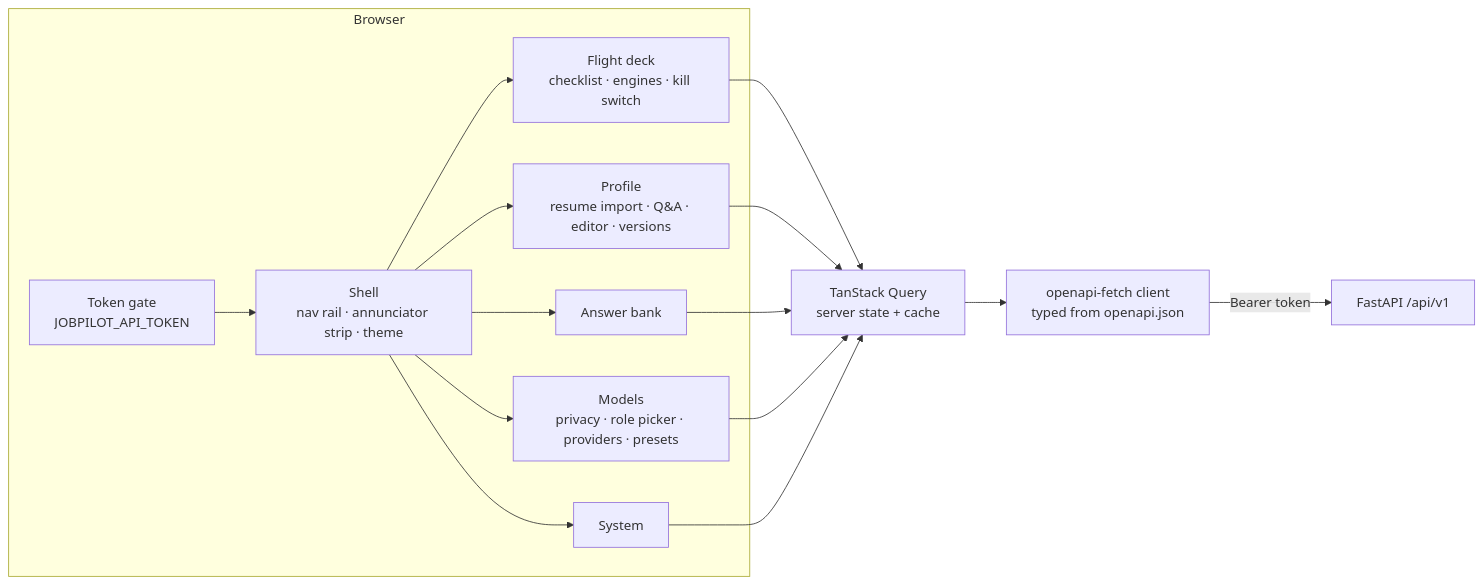
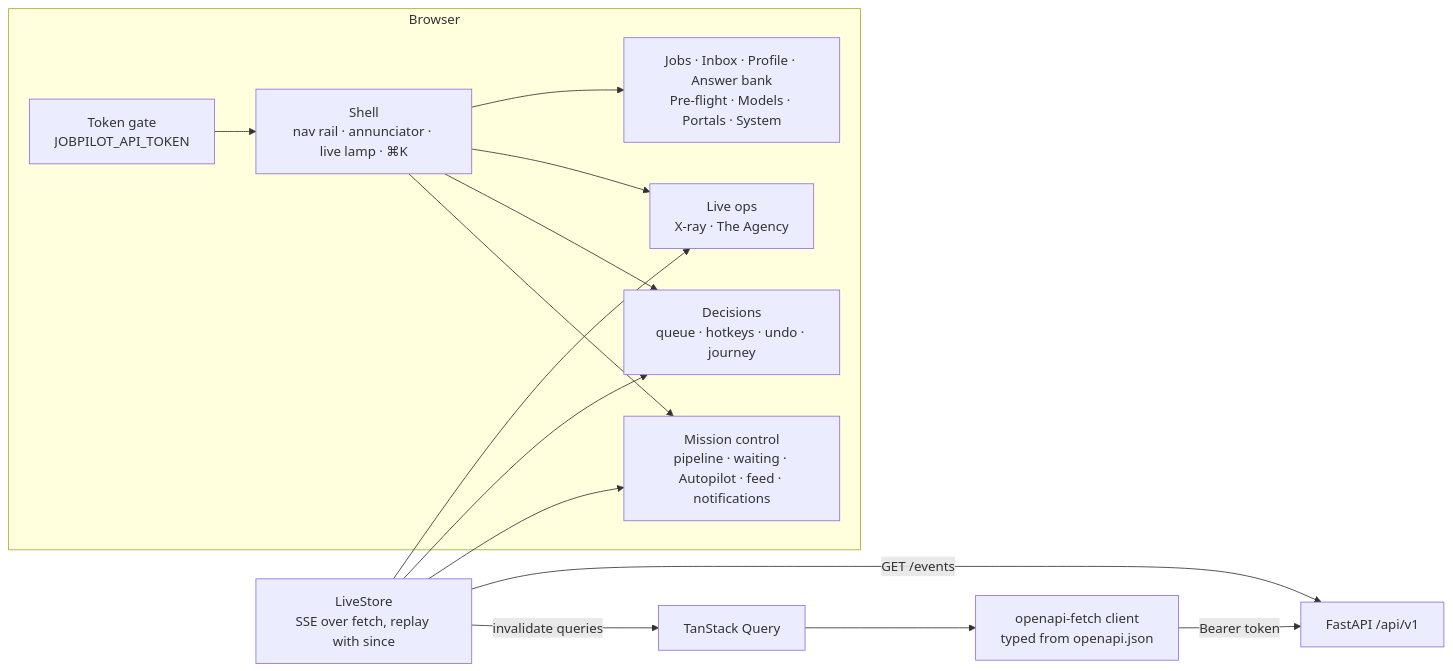
The diagram in docs/architecture/10-web-ui.md (mjunedalam/JobPilot), drawn with Mermaid before and after one commit. The commit also changed other lines of this file and 12 other files, not shown here.

````diff
--- a/docs/architecture/10-web-ui.md
+++ b/docs/architecture/10-web-ui.md
@@ -7,14 +7,15 @@
 ```mermaid
 flowchart LR
     subgraph Browser
-        GATE["Token gate<br/>JOBPILOT_API_TOKEN"] --> SHELL["Shell<br/>nav rail · annunciator strip · theme"]
-        SHELL --> DECK["Flight deck<br/>checklist · engines · kill switch"]
-        SHELL --> PROF["Profile<br/>resume import · Q&A · editor · versions"]
-        SHELL --> ANS["Answer bank"]
-        SHELL --> MOD["Models<br/>privacy · role picker · providers · presets"]
-        SHELL --> SYS["System"]
+        GATE["Token gate<br/>JOBPILOT_API_TOKEN"] --> SHELL["Shell<br/>nav rail · annunciator · live lamp · ⌘K"]
+        SHELL --> MC["Mission control<br/>pipeline · waiting · Autopilot · feed · notifications"]
+        SHELL --> DC["Decisions<br/>queue · hotkeys · undo · journey"]
+        SHELL --> LO["Live ops<br/>X-ray · The Agency"]
+        SHELL --> REST["Jobs · Inbox · Profile · Answer bank<br/>Pre-flight · Models · Portals · System"]
     end
-    Q["TanStack Query<br/>server state + cache"] --> C["openapi-fetch client<br/>typed from openapi.json"]
-    DECK & PROF & ANS & MOD & SYS --> Q
+    LIVE["LiveStore<br/>SSE over fetch, replay with since"] -->|"invalidate queries"| Q["TanStack Query"]
+    LIVE --> MC & DC & LO
+    Q --> C["openapi-fetch client<br/>typed from openapi.json"]
     C -->|"Bearer token"| API["FastAPI /api/v1"]
+    LIVE -->|"GET /events"| API
 ```
````
